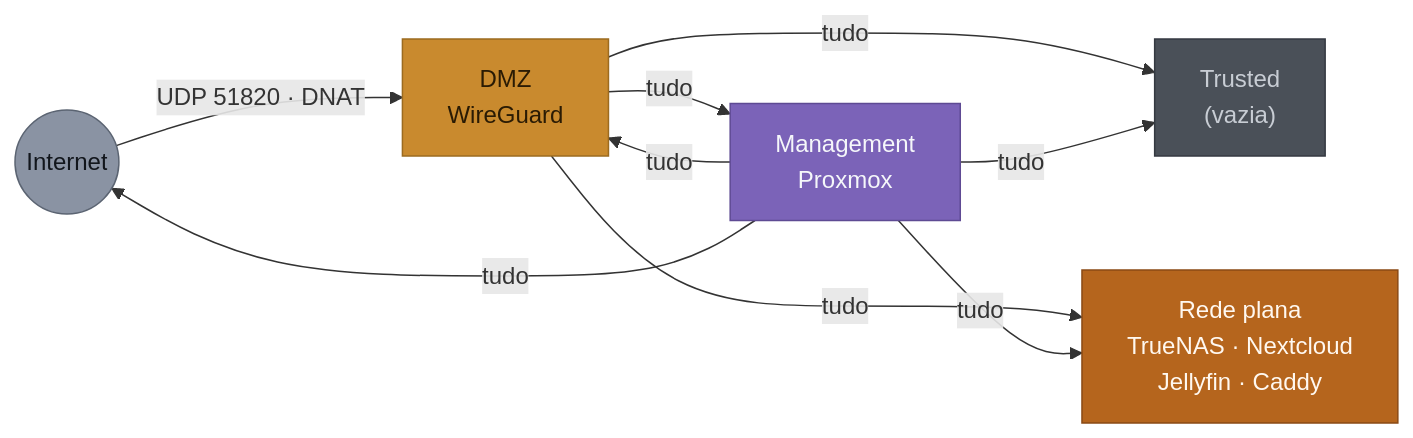
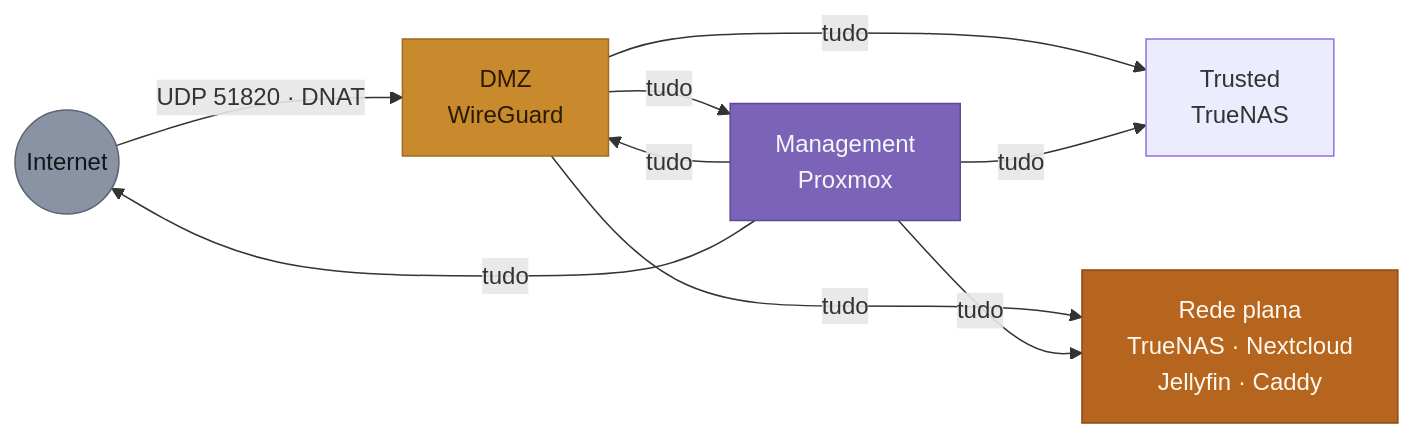
One commit to RuiGRMargarido/homelab changed the second of 5 diagrams in docs/ESQUEMA_LOGICO_REDE.md. Above: the diagram before and after it, drawn with Mermaid. The commit also changed other lines of this file and 2 other files, not shown here.

First line of the commit message:
Migra o TrueNAS para a zona Trusted

````diff
--- a/docs/ESQUEMA_LOGICO_REDE.md
+++ b/docs/ESQUEMA_LOGICO_REDE.md
@@ -225,23 +229,23 @@
 ```mermaid
 flowchart LR
     NET(("Internet")):::neut
     DMZ["DMZ<br/>WireGuard"]:::dmz
-    TRU["Trusted<br/>(vazia)"]:::vazio
+    TRU["Trusted<br/>TrueNAS"]:::tru
     MGM["Management<br/>Proxmox"]:::mgmt
     PLA["Rede plana<br/>TrueNAS · Nextcloud<br/>Jellyfin · Caddy"]:::flat
 
     NET -- "UDP 51820 · DNAT" --> DMZ
     DMZ -- "tudo" --> TRU
     DMZ -- "tudo" --> MGM
     DMZ -- "tudo" --> PLA
     MGM -- "tudo" --> DMZ
     MGM -- "tudo" --> TRU
     MGM -- "tudo" --> PLA
     MGM -- "tudo" --> NET
 
     classDef neut fill:#8A93A3,stroke:#5B6472,color:#12161C
     classDef dmz fill:#C98A2E,stroke:#9C6B1F,color:#2A1B04
     classDef mgmt fill:#7B63B8,stroke:#5E4A93,color:#F5F7FA
     classDef vazio fill:#4A5058,stroke:#343941,color:#C8CDD4
     classDef flat fill:#B5651D,stroke:#8A4A15,color:#FFF8F0
 ```
````
